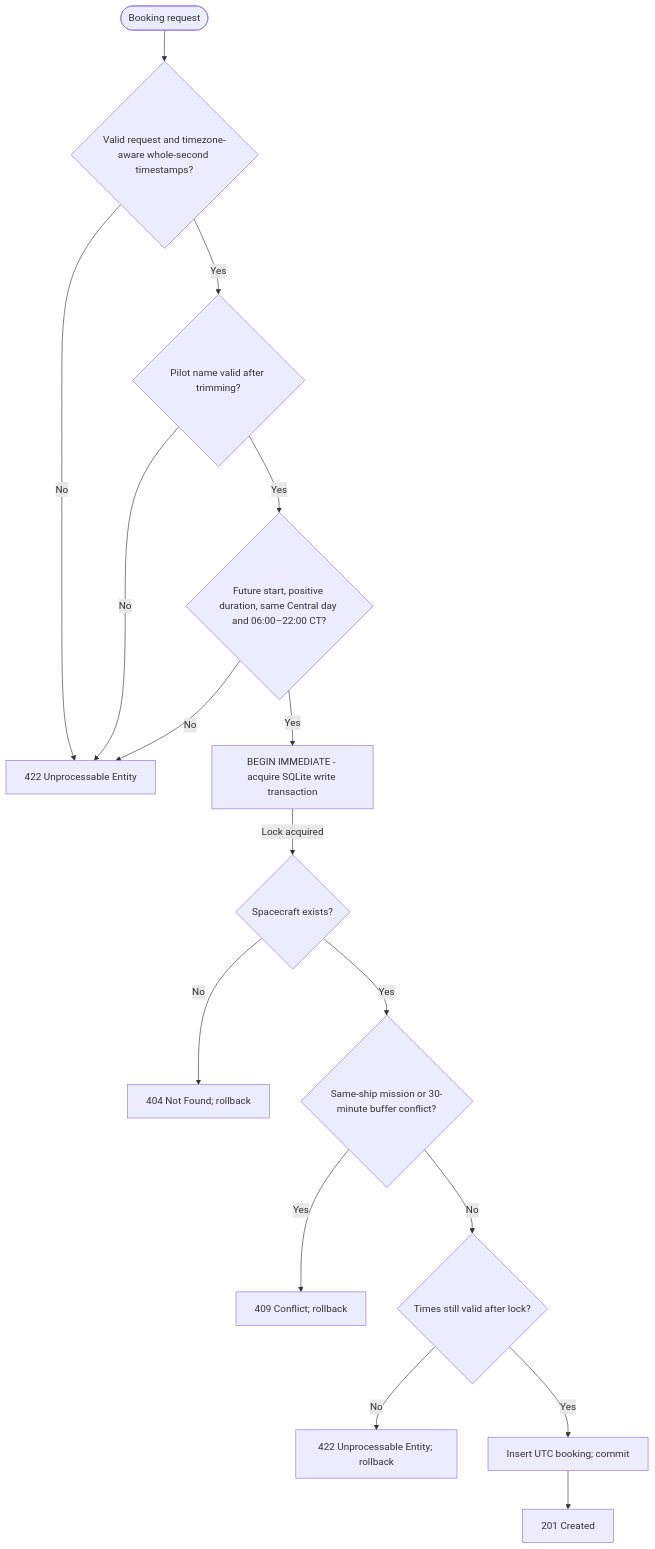
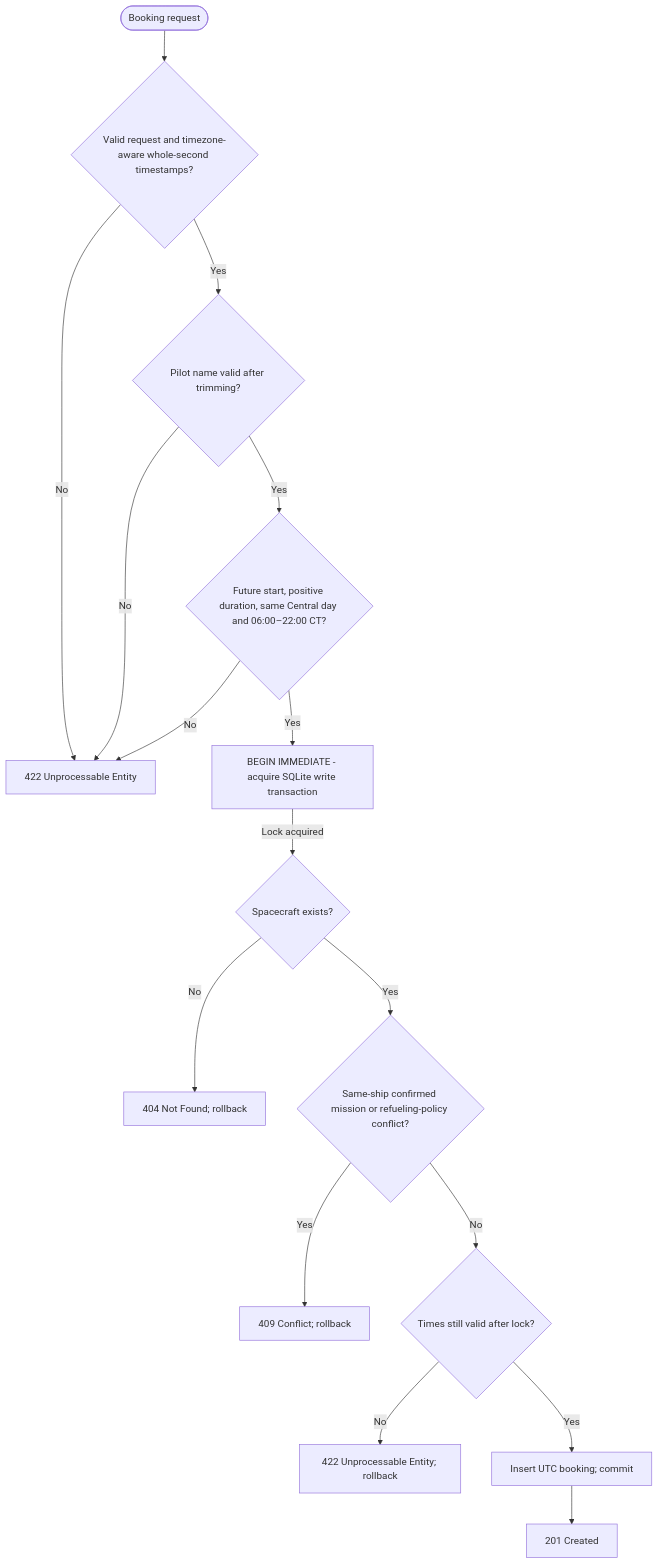
One commit to writetogowthami/spaceport-charter changed the seventh of 9 diagrams in README.md. Above: the diagram before and after it, drawn with Mermaid. The commit also changed other lines of this file and 50 other files, not shown here.

````diff
--- a/README.md
+++ b/README.md
@@ -427,18 +443,18 @@
 ```mermaid
 flowchart TD
     Start([Booking request]) --> Schema{Valid request and timezone-aware whole-second timestamps?}
     Schema -->|No| Invalid[422 Unprocessable Entity]
     Schema -->|Yes| Pilot{Pilot name valid after trimming?}
     Pilot -->|No| Invalid
     Pilot -->|Yes| Rules{Future start, positive duration, same Central day and 06:00–22:00 CT?}
     Rules -->|No| Invalid
     Rules -->|Yes| Lock[BEGIN IMMEDIATE - acquire SQLite write transaction]
     Lock -->|Lock acquired| Ship{Spacecraft exists?}
     Ship -->|No| Missing[404 Not Found; rollback]
-    Ship -->|Yes| ConflictCheck{Same-ship mission or 30-minute buffer conflict?}
+    Ship -->|Yes| ConflictCheck{Same-ship confirmed mission or refueling-policy conflict?}
     ConflictCheck -->|Yes| Conflict[409 Conflict; rollback]
     ConflictCheck -->|No| Revalidate{Times still valid after lock?}
     Revalidate -->|No| RevalidationError[422 Unprocessable Entity; rollback]
     Revalidate -->|Yes| Save[Insert UTC booking; commit]
     Save --> Created[201 Created]
 ```
````
